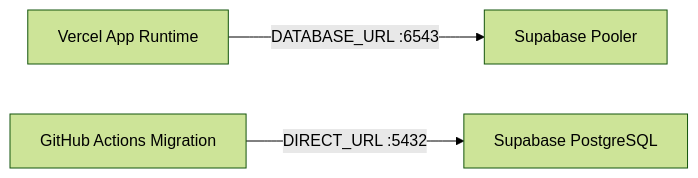
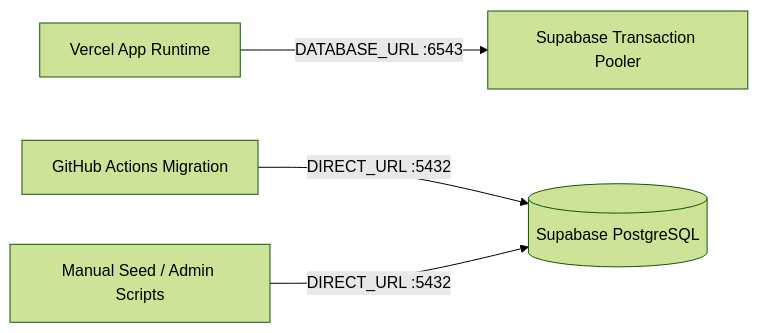
One commit to 23520904/aurews-seo changed the sixth of 7 diagrams in README.md. Above: the diagram before and after it, drawn with Mermaid (forest theme). The commit also changed other lines of this file, not shown here.

````diff
--- a/README.md
+++ b/README.md
@@ -208,5 +280,6 @@
 ```mermaid
 flowchart LR
-  APP[Vercel App Runtime] -->|DATABASE_URL :6543| POOL[Supabase Pooler]
-  MIGRATE[GitHub Actions Migration] -->|DIRECT_URL :5432| DB[Supabase PostgreSQL]
+    App[Vercel App Runtime] -->|DATABASE_URL :6543| Pooler[Supabase Transaction Pooler]
+    Actions[GitHub Actions Migration] -->|DIRECT_URL :5432| Database[(Supabase PostgreSQL)]
+    Admin[Manual Seed / Admin Scripts] -->|DIRECT_URL :5432| Database
 ```
````
